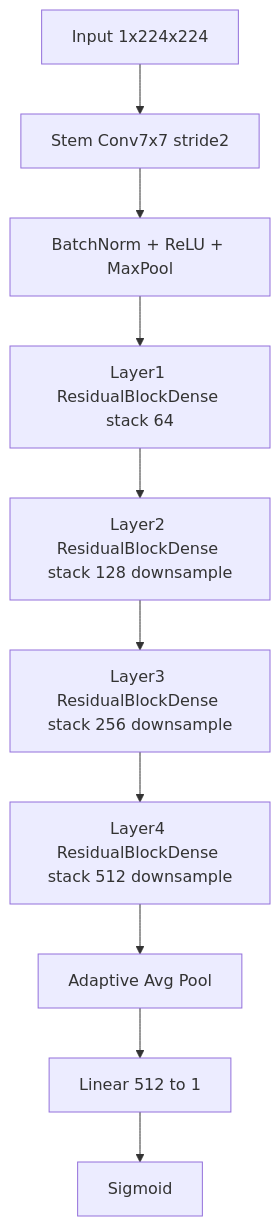
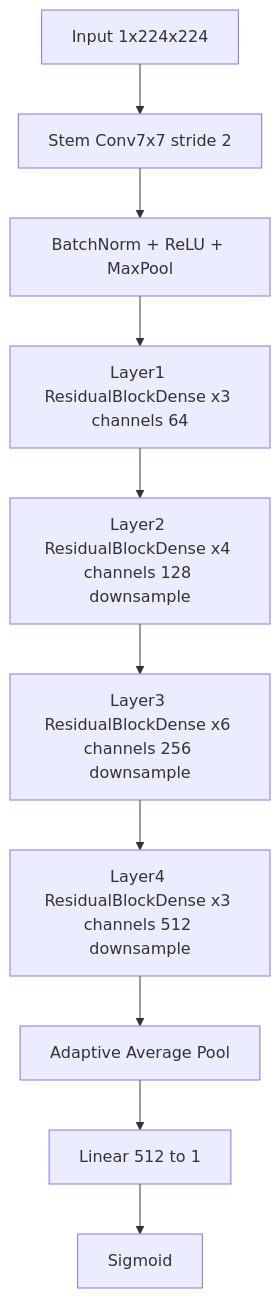
Before and after one commit to Thiyaga1586/PneumoAI: the fourth of 5 diagrams in README.md, drawn with Mermaid. The commit also changed other lines of this file, not shown here.

````diff
--- a/README.md
+++ b/README.md
@@ -216,12 +169,12 @@
 ```mermaid
 flowchart TD
-  A[Input 1x224x224] --> B[Stem Conv7x7 stride2]
+  A[Input 1x224x224] --> B[Stem Conv7x7 stride 2]
   B --> C[BatchNorm + ReLU + MaxPool]
-  C --> D[Layer1 ResidualBlockDense stack 64]
-  D --> E[Layer2 ResidualBlockDense stack 128 downsample]
-  E --> F[Layer3 ResidualBlockDense stack 256 downsample]
-  F --> G[Layer4 ResidualBlockDense stack 512 downsample]
-  G --> H[Adaptive Avg Pool]
+  C --> D[Layer1 ResidualBlockDense x3 channels 64]
+  D --> E[Layer2 ResidualBlockDense x4 channels 128 downsample]
+  E --> F[Layer3 ResidualBlockDense x6 channels 256 downsample]
+  F --> G[Layer4 ResidualBlockDense x3 channels 512 downsample]
+  G --> H[Adaptive Average Pool]
   H --> I[Linear 512 to 1]
   I --> J[Sigmoid]
 ```
````
